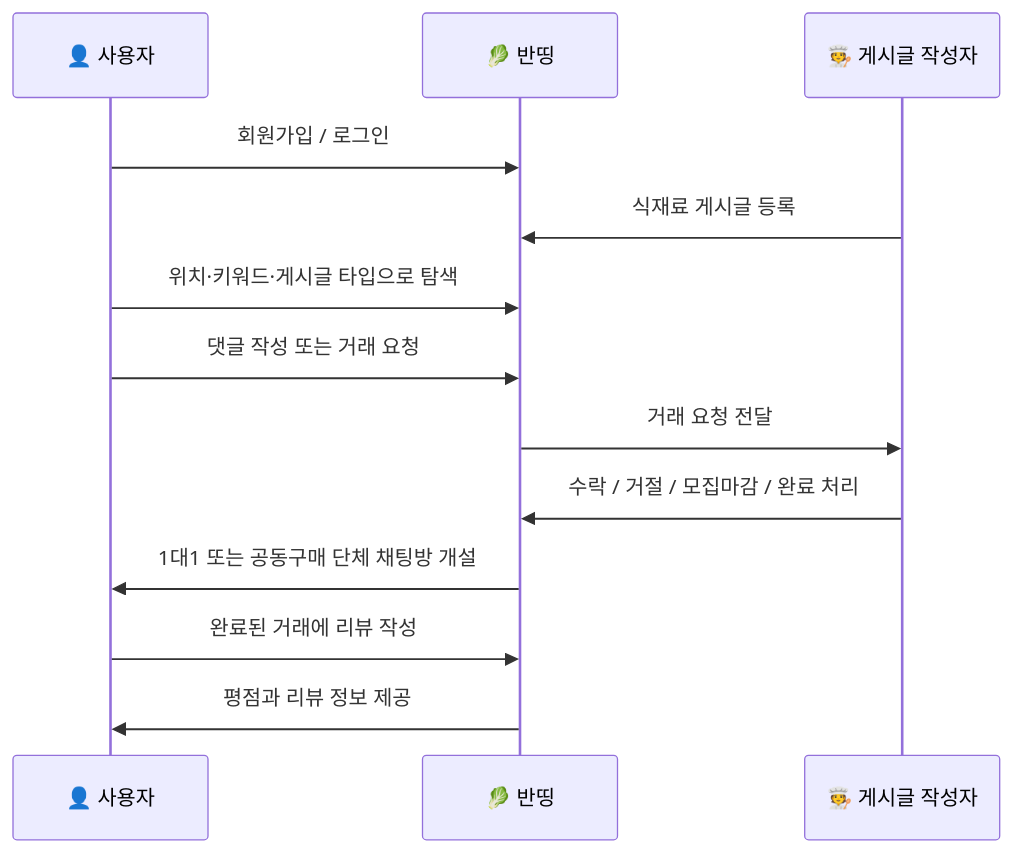
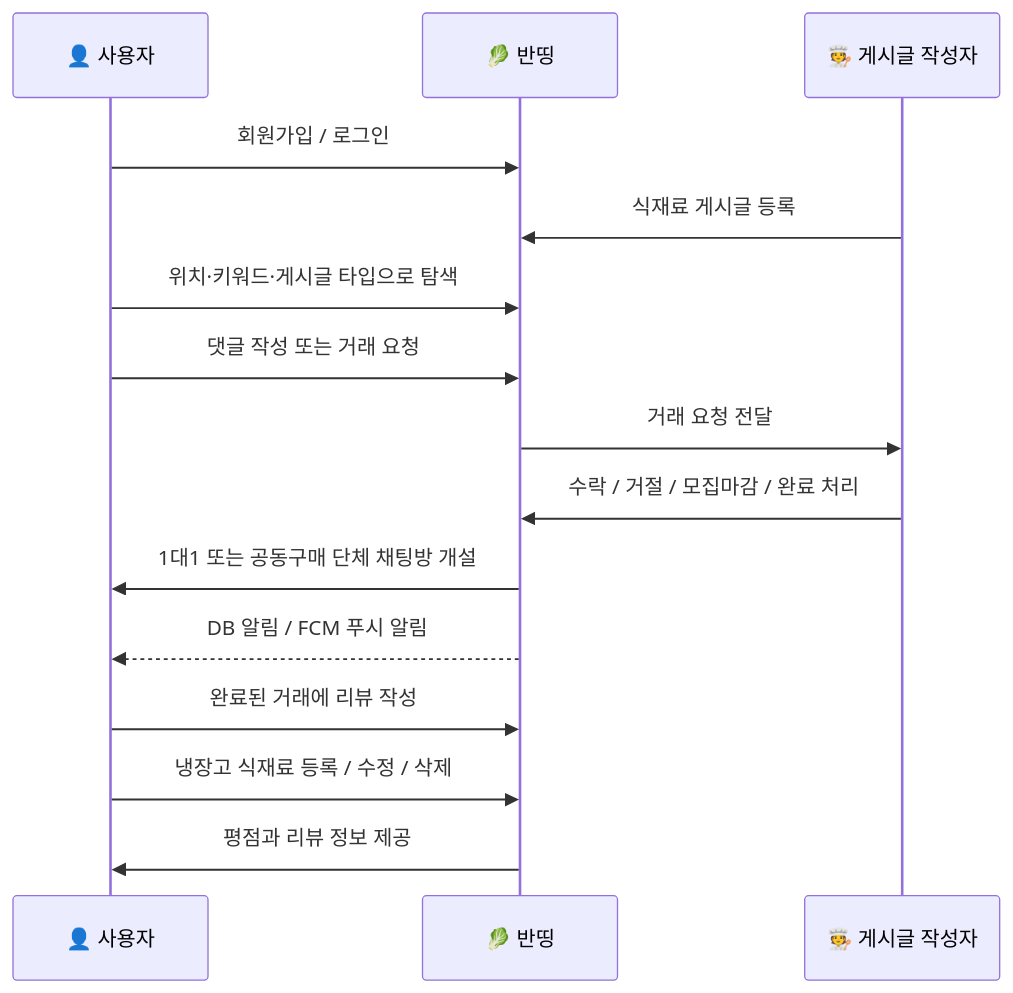
The first of 2 diagrams in README.md (hjs7115/foodshare), drawn with Mermaid before and after one commit. The commit also changed other lines of this file and 2 other files, not shown here.

Commit message:
docs: refresh project structure and diagrams

````diff
--- a/README.md
+++ b/README.md
@@ -73,16 +73,18 @@
 ```mermaid
 sequenceDiagram
     participant 사용자 as 👤 사용자
     participant 반띵 as 🥬 반띵
     participant 작성자 as 🧑‍🍳 게시글 작성자
 
     사용자->>반띵: 회원가입 / 로그인
     작성자->>반띵: 식재료 게시글 등록
     사용자->>반띵: 위치·키워드·게시글 타입으로 탐색
     사용자->>반띵: 댓글 작성 또는 거래 요청
     반띵->>작성자: 거래 요청 전달
     작성자->>반띵: 수락 / 거절 / 모집마감 / 완료 처리
     반띵->>사용자: 1대1 또는 공동구매 단체 채팅방 개설
+    반띵-->>사용자: DB 알림 / FCM 푸시 알림
     사용자->>반띵: 완료된 거래에 리뷰 작성
+    사용자->>반띵: 냉장고 식재료 등록 / 수정 / 삭제
     반띵->>사용자: 평점과 리뷰 정보 제공
 ```
````
